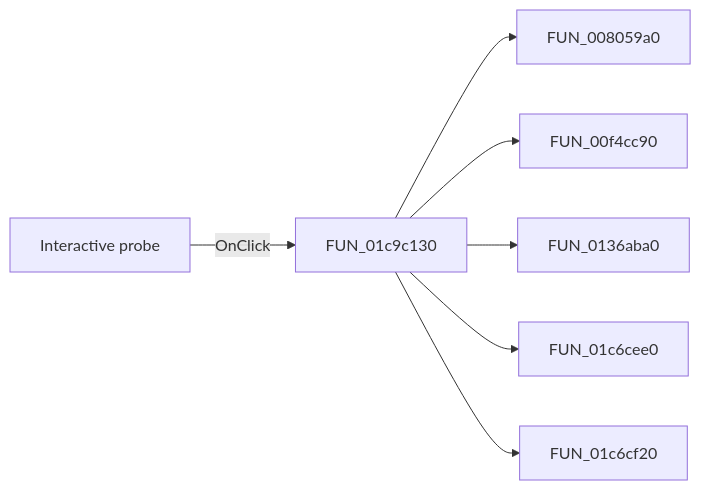
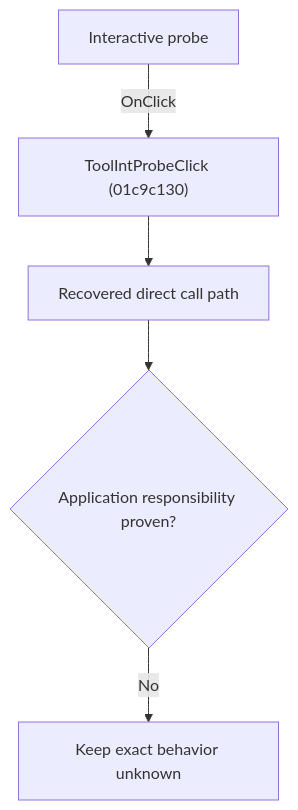
The diagram in docs/ui-controls/schematiceditor/toolintprobe-e77c96850a.md (MovGP0/TIARA), drawn with Mermaid before and after one commit. The commit also changed other lines of this file and 1062 other files, not shown here.

````diff
--- a/docs/ui-controls/schematiceditor/toolintprobe-e77c96850a.md
+++ b/docs/ui-controls/schematiceditor/toolintprobe-e77c96850a.md
@@ -27,9 +27,7 @@
 ```mermaid
-flowchart LR
-    control["Interactive probe"] -->|OnClick| handler["FUN_01c9c130"]
-    handler --> call1["FUN_008059a0"]
-    handler --> call2["FUN_00f4cc90"]
-    handler --> call3["FUN_0136aba0"]
-    handler --> call4["FUN_01c6cee0"]
-    handler --> call5["FUN_01c6cf20"]
+flowchart TD
+    control["Interactive probe"] -->|"OnClick"| handler["ToolIntProbeClick (01c9c130)"]
+    handler --> recovered["Recovered direct call path"]
+    recovered --> gap{"Application responsibility proven?"}
+    gap -->|"No"| blocked["Keep exact behavior unknown"]
 ```
````
